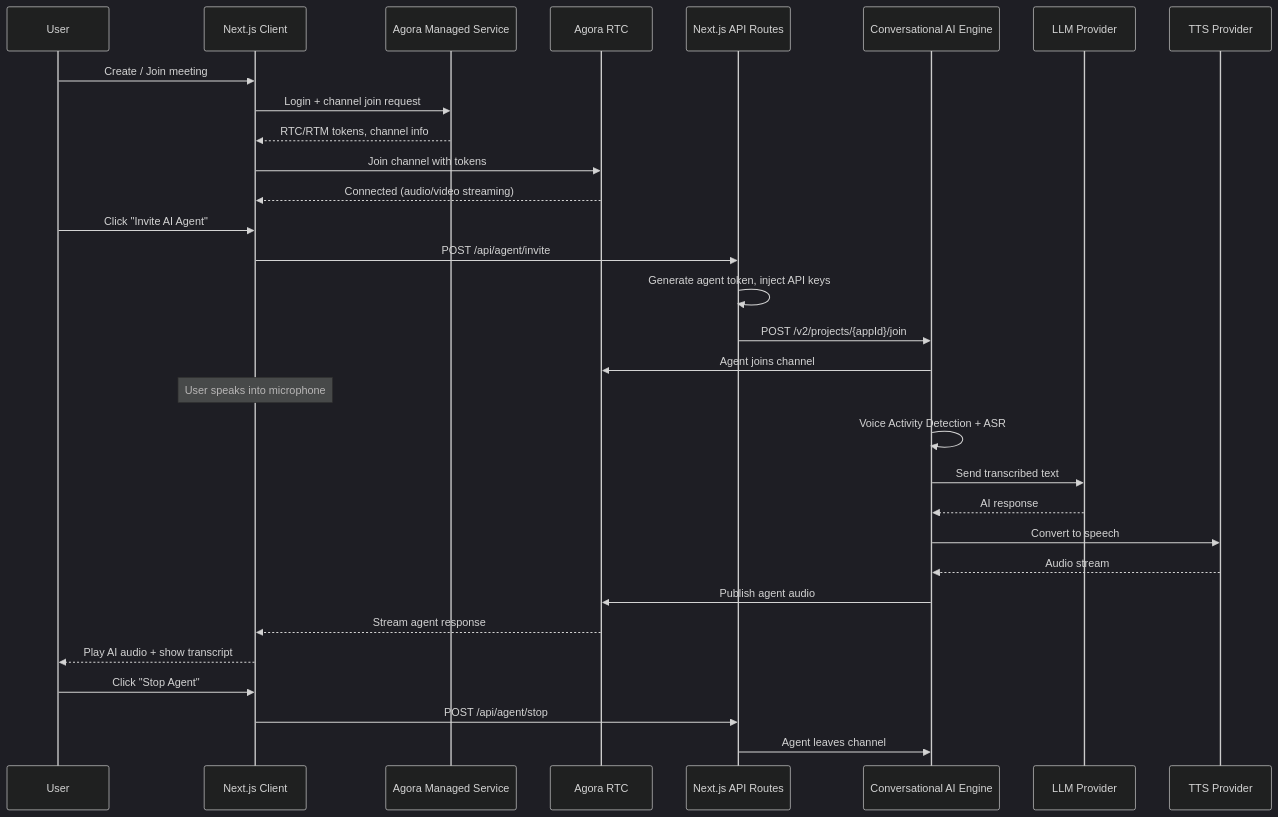
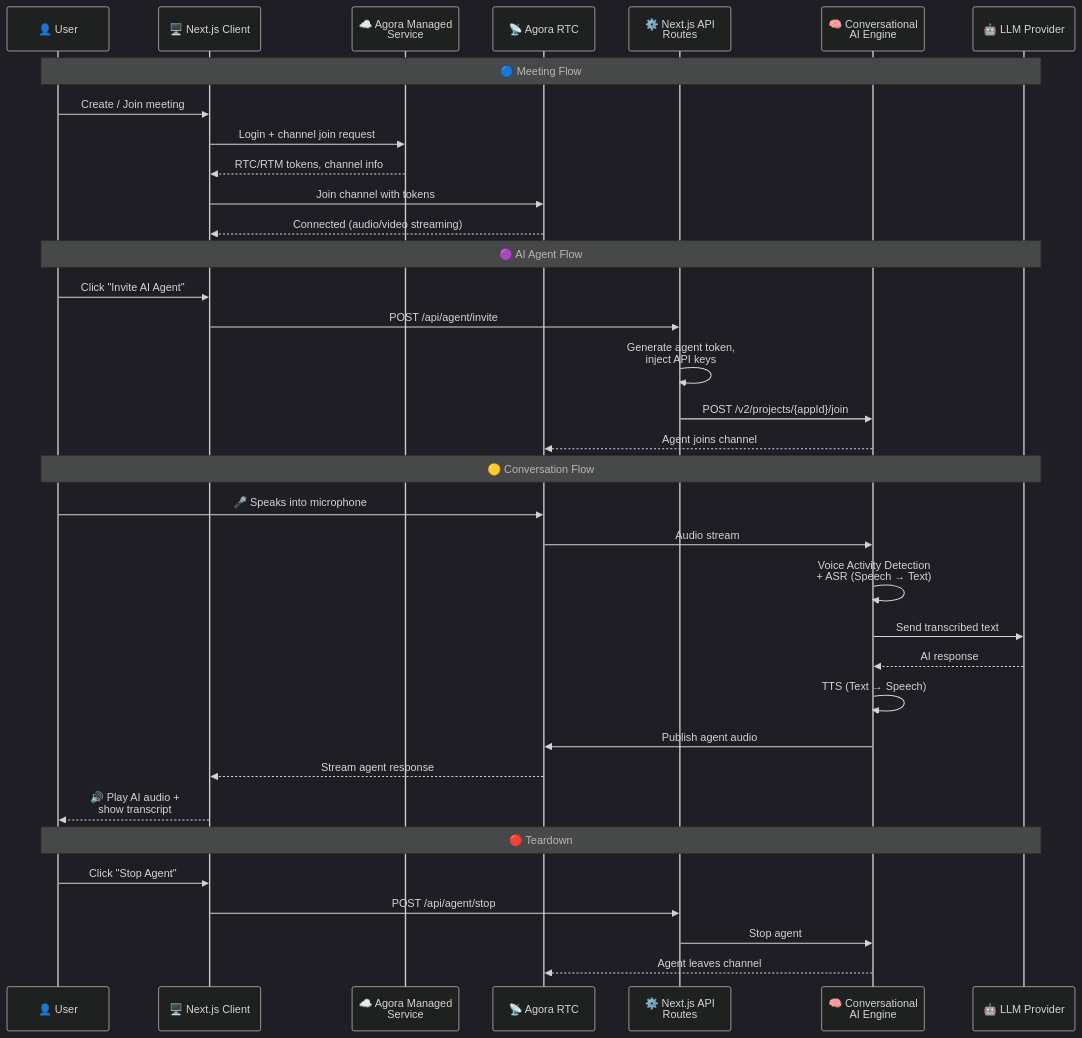
Before and after one commit to bhupendra1011/sample-agent: the diagram in README.md, drawn with Mermaid (dark theme). The commit also changed other lines of this file and 2 other files, not shown here.

````diff
--- a/README.md
+++ b/README.md
@@ -47,38 +54,45 @@
 ```mermaid
 sequenceDiagram
-    participant User
-    participant Client as Next.js Client
-    participant MgdSvc as Agora Managed Service
-    participant RTC as Agora RTC
-    participant API as Next.js API Routes
-    participant ConvAI as Conversational AI Engine
-    participant LLM as LLM Provider
-    participant TTS as TTS Provider
+    participant U as 👤 User
+    participant C as 🖥️ Next.js Client
+    participant MS as ☁️ Agora Managed<br/>Service
+    participant RTC as 📡 Agora RTC
+    participant API as ⚙️ Next.js API<br/>Routes
+    participant AI as 🧠 Conversational<br/>AI Engine
+    participant LLM as 🤖 LLM Provider
 
-    User->>Client: Create / Join meeting
-    Client->>MgdSvc: Login + channel join request
-    MgdSvc-->>Client: RTC/RTM tokens, channel info
-    Client->>RTC: Join channel with tokens
-    RTC-->>Client: Connected (audio/video streaming)
+    Note over U,LLM: 🔵 Meeting Flow
 
-    User->>Client: Click "Invite AI Agent"
-    Client->>API: POST /api/agent/invite
-    API->>API: Generate agent token, inject API keys
-    API->>ConvAI: POST /v2/projects/{appId}/join
-    ConvAI->>RTC: Agent joins channel
+    U->>C: Create / Join meeting
+    C->>MS: Login + channel join request
+    MS-->>C: RTC/RTM tokens, channel info
+    C->>RTC: Join channel with tokens
+    RTC-->>C: Connected (audio/video streaming)
 
-    Note over Client: User speaks into microphone
+    Note over U,LLM: 🟣 AI Agent Flow
 
-    ConvAI->>ConvAI: Voice Activity Detection + ASR
-    ConvAI->>LLM: Send transcribed text
-    LLM-->>ConvAI: AI response
-    ConvAI->>TTS: Convert to speech
-    TTS-->>ConvAI: Audio stream
-    ConvAI->>RTC: Publish agent audio
-    RTC-->>Client: Stream agent response
-    Client-->>User: Play AI audio + show transcript
+    U->>C: Click "Invite AI Agent"
+    C->>API: POST /api/agent/invite
+    API->>API: Generate agent token,<br/>inject API keys
+    API->>AI: POST /v2/projects/{appId}/join
+    AI-->>RTC: Agent joins channel
 
-    User->>Client: Click "Stop Agent"
-    Client->>API: POST /api/agent/stop
-    API->>ConvAI: Agent leaves channel
+    Note over U,LLM: 🟡 Conversation Flow
+
+    U->>RTC: 🎤 Speaks into microphone
+    RTC->>AI: Audio stream
+    AI->>AI: Voice Activity Detection<br/>+ ASR (Speech → Text)
+    AI->>LLM: Send transcribed text
+    LLM-->>AI: AI response
+    AI->>AI: TTS (Text → Speech)
+    AI->>RTC: Publish agent audio
+    RTC-->>C: Stream agent response
+    C-->>U: 🔊 Play AI audio +<br/>show transcript
+
+    Note over U,LLM: 🔴 Teardown
+
+    U->>C: Click "Stop Agent"
+    C->>API: POST /api/agent/stop
+    API->>AI: Stop agent
+    AI-->>RTC: Agent leaves channel
 ```
````
